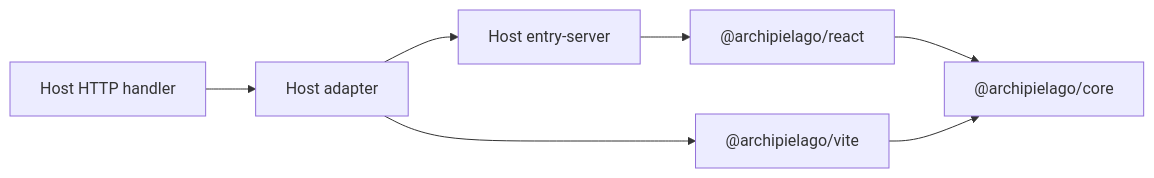
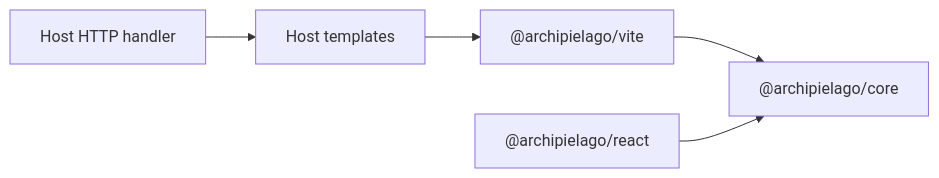
The diagram in docs/archipielago/guide/concepts.md (isaaclfelix/archipielago), drawn with Mermaid before and after one commit. The commit also changed other lines of this file and 28 other files, not shown here.

````diff
--- a/docs/archipielago/guide/concepts.md
+++ b/docs/archipielago/guide/concepts.md
@@ -124,15 +80,12 @@
 ```mermaid
 flowchart LR
   hostHttp[Host HTTP handler]
-  adapter[Host adapter]
-  entry[Host entry-server]
+  templates[Host templates]
   reactPkg["@archipielago/react"]
   vitePkg["@archipielago/vite"]
   corePkg["@archipielago/core"]
-  hostHttp --> adapter
-  adapter --> entry
-  adapter --> vitePkg
-  entry --> reactPkg
+  hostHttp --> templates
+  templates --> vitePkg
+  vitePkg --> corePkg
   reactPkg --> corePkg
-  vitePkg --> corePkg
 ```
````
